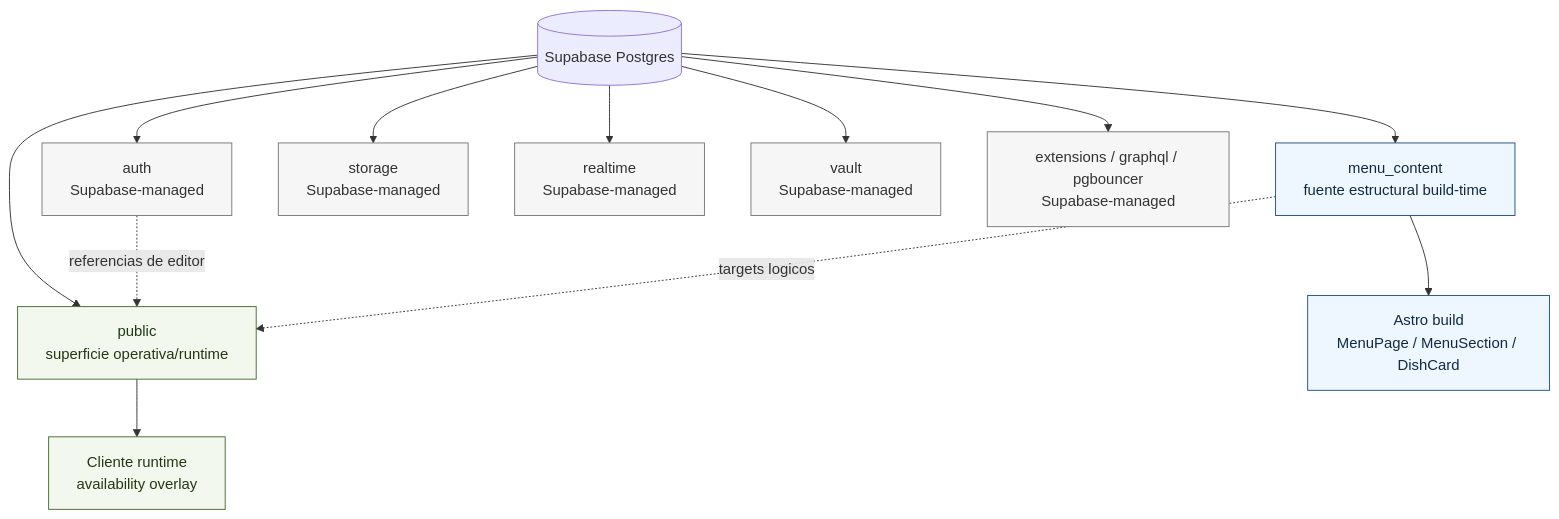
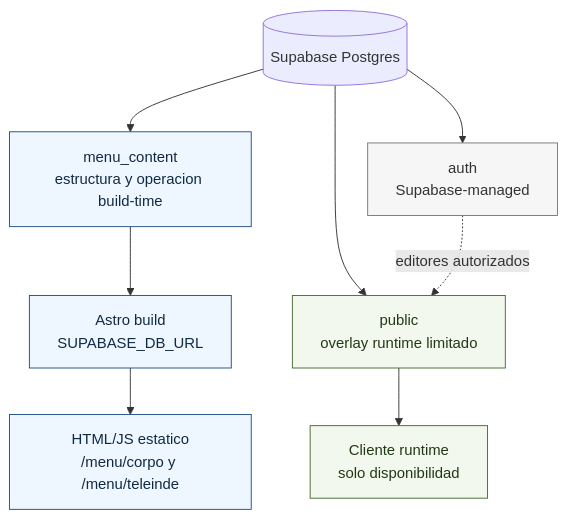
The first of 3 diagrams in docs/supabase/schema-diagram.md (materamos/ElFaraonCatering), drawn with Mermaid before and after one commit. The commit also changed other lines of this file and 13 other files, not shown here.

Commit message:
feat: flatten menu content model

````diff
--- a/docs/supabase/schema-diagram.md
+++ b/docs/supabase/schema-diagram.md
@@ -27,26 +17,21 @@
 ```mermaid
 flowchart TD
   DB[(Supabase Postgres)]
 
-  DB --> MC["menu_content<br/>fuente estructural build-time"]
-  DB --> PUB["public<br/>superficie operativa/runtime"]
+  DB --> MC["menu_content<br/>estructura y operacion build-time"]
+  DB --> PUB["public<br/>overlay runtime limitado"]
   DB --> AUTH["auth<br/>Supabase-managed"]
-  DB --> STORAGE["storage<br/>Supabase-managed"]
-  DB --> REALTIME["realtime<br/>Supabase-managed"]
-  DB --> VAULT["vault<br/>Supabase-managed"]
-  DB --> EXT["extensions / graphql / pgbouncer<br/>Supabase-managed"]
 
-  MC --> BUILD["Astro build<br/>MenuPage / MenuSection / DishCard"]
-  PUB --> CLIENT["Cliente runtime<br/>availability overlay"]
-
-  AUTH -. "referencias de editor" .-> PUB
-  MC -. "targets logicos" .-> PUB
+  MC --> BUILD["Astro build<br/>SUPABASE_DB_URL"]
+  BUILD --> STATIC["HTML/JS estatico<br/>/menu/corpo y /menu/teleinde"]
+  PUB --> CLIENT["Cliente runtime<br/>solo disponibilidad"]
+  AUTH -. "editores autorizados" .-> PUB
 
   classDef project fill:#eef6ff,stroke:#1f4f82,color:#102a43;
   classDef runtime fill:#f3f8ee,stroke:#446b2f,color:#223815;
   classDef platform fill:#f6f6f6,stroke:#777,color:#333;
 
-  class MC,BUILD project;
+  class MC,BUILD,STATIC project;
   class PUB,CLIENT runtime;
-  class AUTH,STORAGE,REALTIME,VAULT,EXT platform;
+  class AUTH platform;
 ```
````
